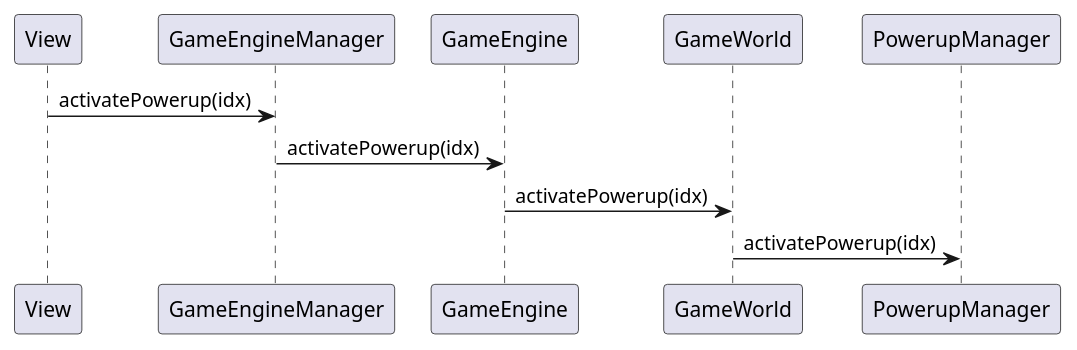
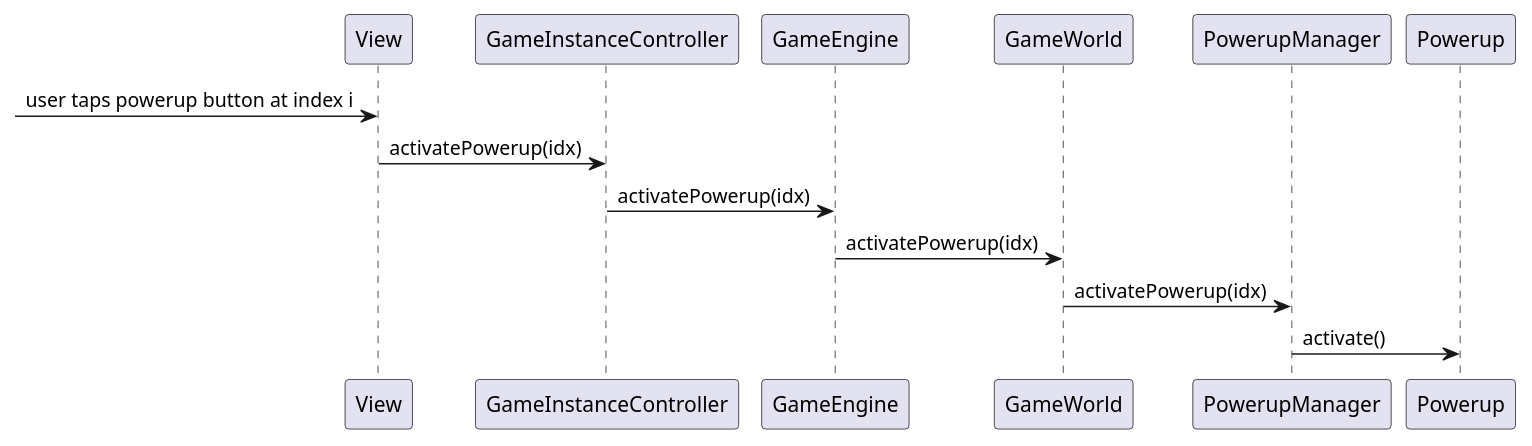
The diagram in Docs/Diagrams/PowerupManager/activate-powerup-option1-1.puml (tumbling-towers/TumblingTowersGame), drawn with PlantUML before and after one commit. The commit also changed 5 other files, not shown here.

```diff
--- a/Docs/Diagrams/PowerupManager/activate-powerup-option1-1.puml
+++ b/Docs/Diagrams/PowerupManager/activate-powerup-option1-1.puml
@@ -1,6 +1,8 @@
 @startuml
-View -> GameEngineManager: activatePowerup(idx)
-GameEngineManager -> GameEngine: activatePowerup(idx)
+-> View: user taps powerup button at index i
+View -> GameInstanceController: activatePowerup(idx)
+GameInstanceController -> GameEngine: activatePowerup(idx)
 GameEngine -> GameWorld: activatePowerup(idx)
 GameWorld -> PowerupManager: activatePowerup(idx)
+PowerupManager -> Powerup: activate()
 @enduml
```
